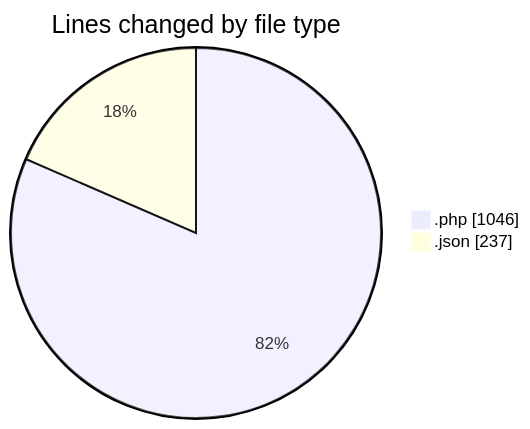
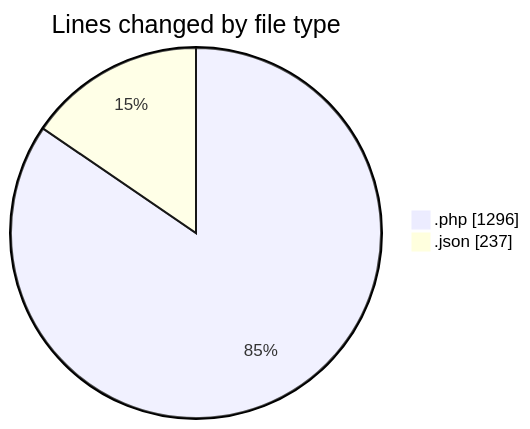
One commit to idhammustaqopulfikri/code-tracking changed the first of 2 diagrams in 2025-06-20/studio-backend/README.md. Above: the diagram before and after it, drawn with Mermaid. The commit also changed other lines of this file and 1 other file, not shown here.

````diff
--- a/2025-06-20/studio-backend/README.md
+++ b/2025-06-20/studio-backend/README.md
@@ -22,6 +22,6 @@
 ```mermaid
 pie showData
 title Lines changed by file type
-".php" : 1046
+".php" : 1296
 ".json" : 237
 ```
````
